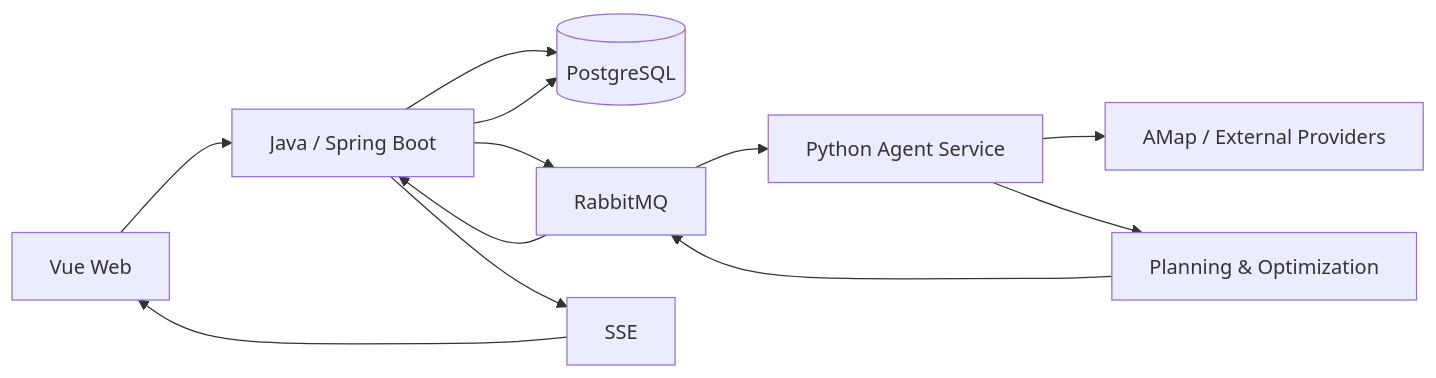
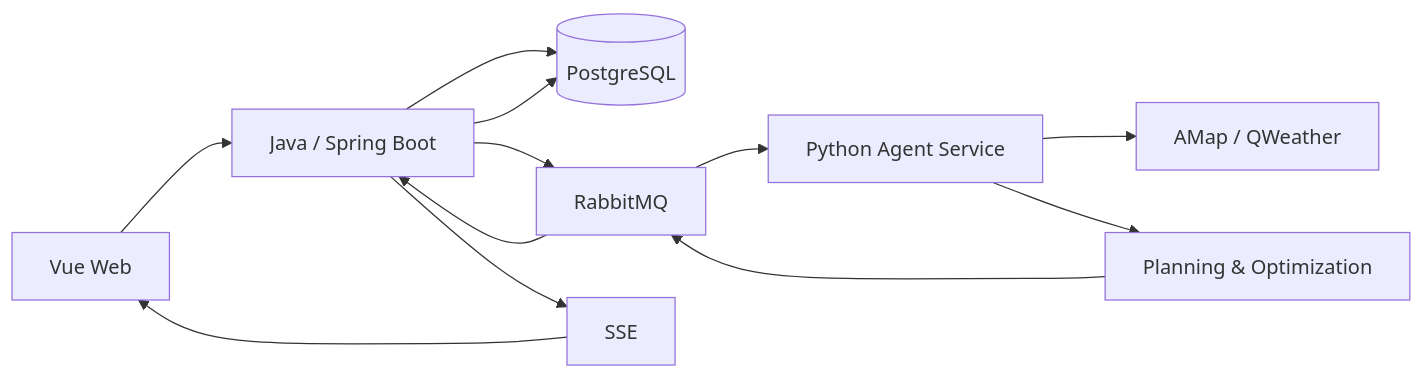
One commit to tobehardoo/trip-pilot-agent changed the diagram in README.md. Above: the diagram before and after it, drawn with Mermaid. The commit also changed other lines of this file and 155 other files, not shown here.

````diff
--- a/README.md
+++ b/README.md
@@ -35,17 +31,17 @@
 ```mermaid
 flowchart LR
     Web[Vue Web] --> API[Java / Spring Boot]
     API --> DB[(PostgreSQL)]
     API --> MQ[RabbitMQ]
 
     MQ --> Agent[Python Agent Service]
-    Agent --> Provider[AMap / External Providers]
+    Agent --> Provider[AMap / QWeather]
     Agent --> Planner[Planning & Optimization]
 
     Planner --> MQ
     MQ --> API
 
     API --> DB
     API --> SSE[SSE]
     SSE --> Web
 ```
````
